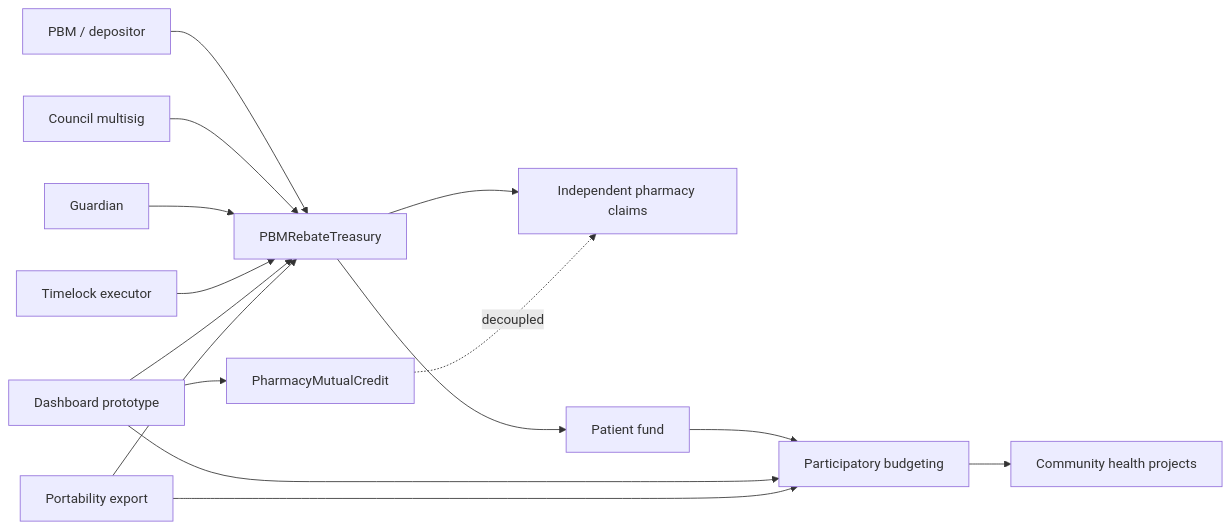
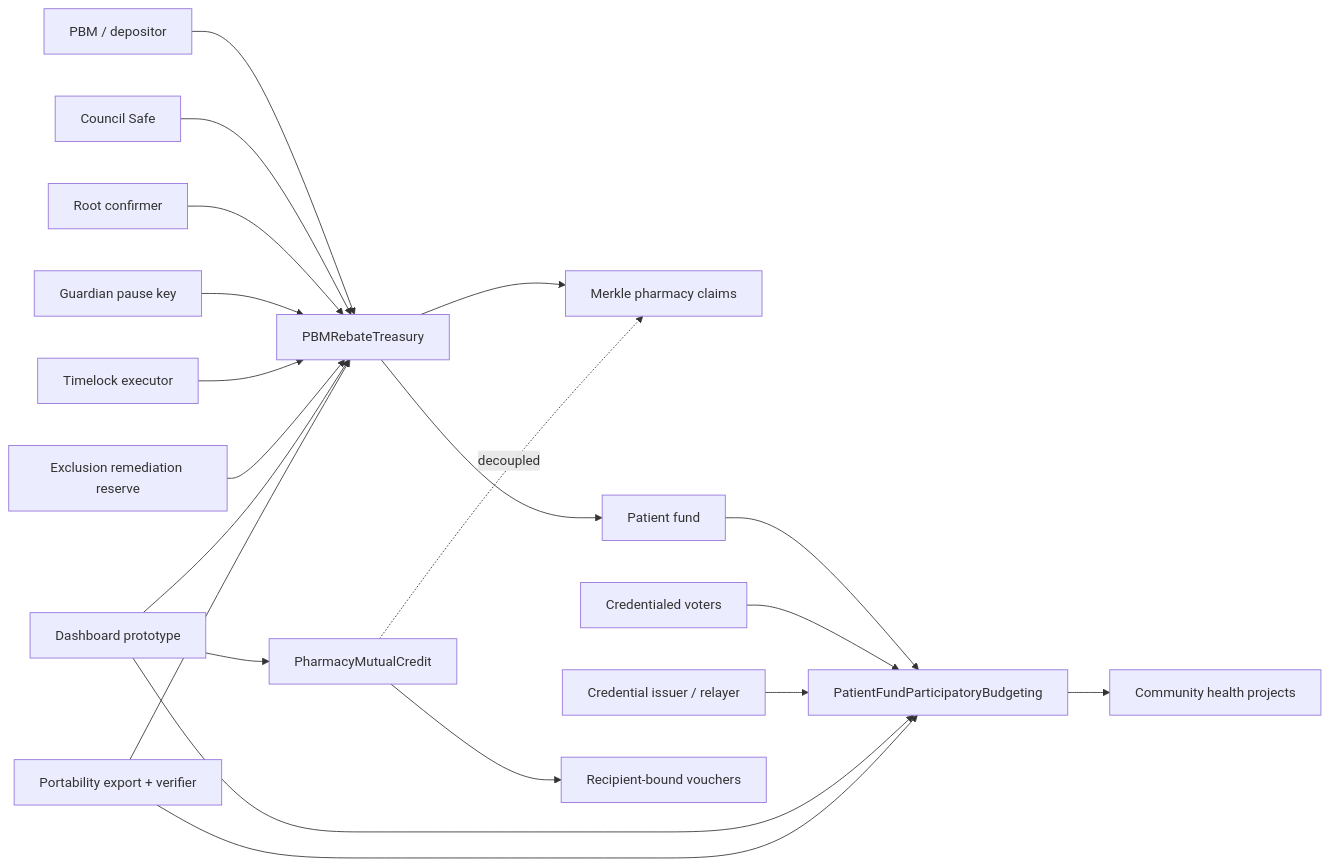
Before and after one commit to Simultech369/Pharmacy-Fiduciary-Commons: the diagram in README.md, drawn with Mermaid. The commit also changed other lines of this file and 1 other file, not shown here.

````diff
--- a/README.md
+++ b/README.md
@@ -74,17 +74,22 @@
 ```mermaid
 flowchart LR
   Depositor["PBM / depositor"] --> Treasury["PBMRebateTreasury"]
-  Council["Council multisig"] --> Treasury
-  Guardian["Guardian"] --> Treasury
+  Council["Council Safe"] --> Treasury
+  Confirmer["Root confirmer"] --> Treasury
+  Guardian["Guardian pause key"] --> Treasury
   Timelock["Timelock executor"] --> Treasury
-  Treasury --> Pharmacy["Independent pharmacy claims"]
+  Remediation["Exclusion remediation reserve"] --> Treasury
+  Treasury --> Pharmacy["Merkle pharmacy claims"]
   Treasury --> PatientFund["Patient fund"]
-  PatientFund --> PB["Participatory budgeting"]
+  PatientFund --> PB["PatientFundParticipatoryBudgeting"]
+  Voters["Credentialed voters"] --> PB
   PB --> Projects["Community health projects"]
+  Issuer["Credential issuer / relayer"] --> PB
   MutualCredit["PharmacyMutualCredit"] -. decoupled .-> Pharmacy
+  MutualCredit --> Vouchers["Recipient-bound vouchers"]
   Dashboard["Dashboard prototype"] --> Treasury
   Dashboard --> PB
   Dashboard --> MutualCredit
-  Export["Portability export"] --> Treasury
+  Export["Portability export + verifier"] --> Treasury
   Export --> PB
 ```
````
